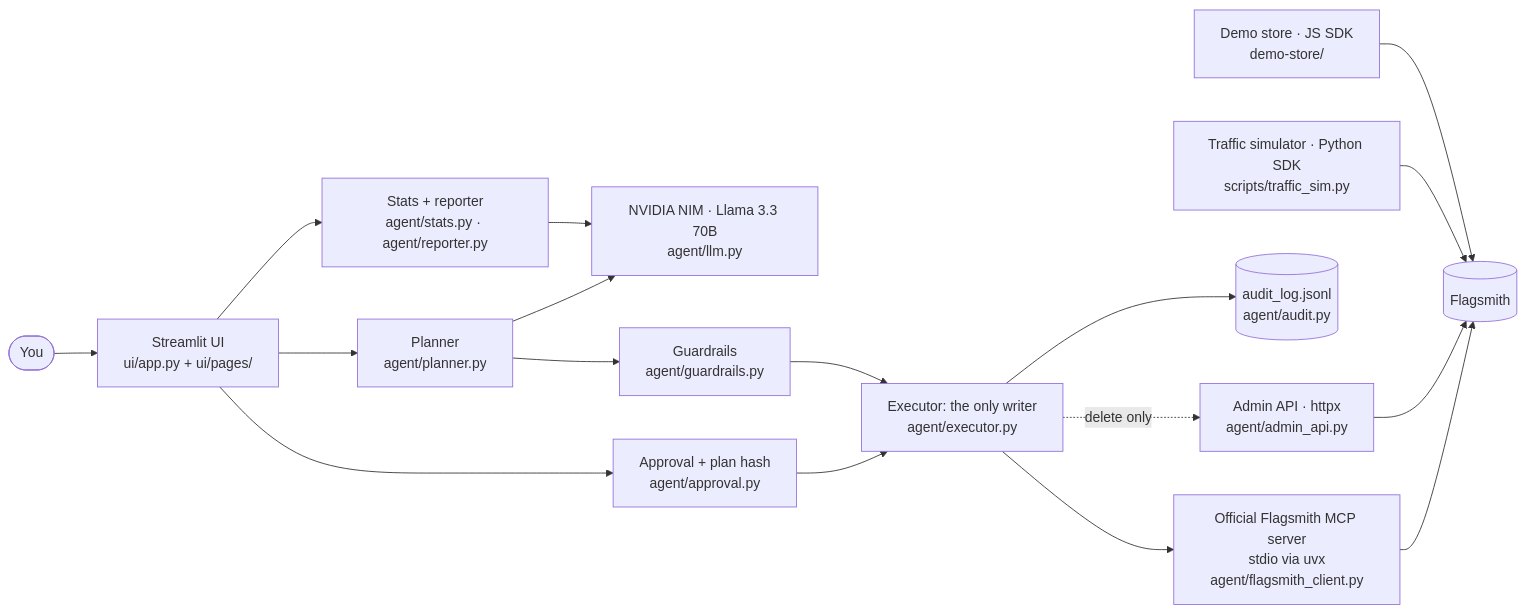
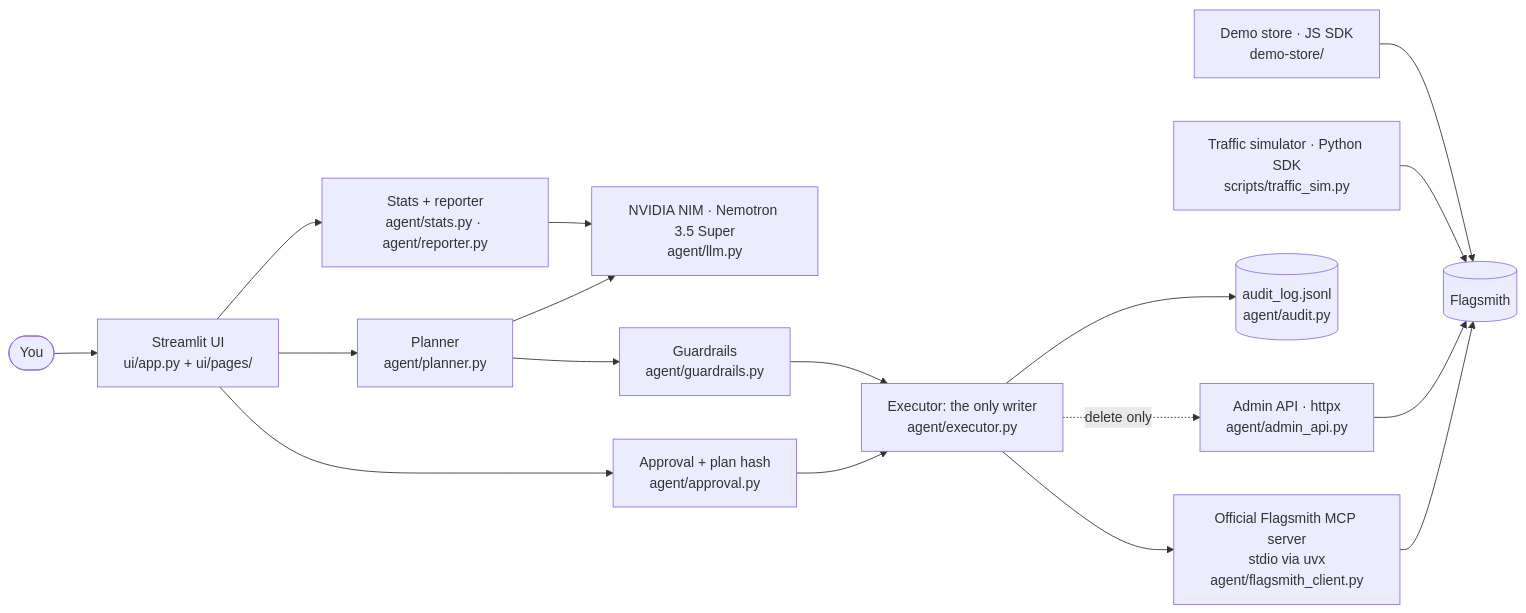
One commit to HarshalChugwani2005/flagpilot changed the diagram in README.md. Above: the diagram before and after it, drawn with Mermaid. The commit also changed other lines of this file and 26 other files, not shown here.

Commit message:
fix: switch to Nemotron 3.5 Super with 4096-token budget; Admin API metrics; match Flagsmith options by value; unwrap MCP list results

````diff
--- a/README.md
+++ b/README.md
@@ -31,19 +31,19 @@
 ```mermaid
 flowchart LR
     U([You]) --> UI[Streamlit UI<br/>ui/app.py + ui/pages/]
     UI --> P[Planner<br/>agent/planner.py]
-    P --> LLM[NVIDIA NIM · Llama 3.3 70B<br/>agent/llm.py]
+    P --> LLM[NVIDIA NIM · Nemotron 3.5 Super<br/>agent/llm.py]
     P --> G[Guardrails<br/>agent/guardrails.py]
     UI --> A[Approval + plan hash<br/>agent/approval.py]
     A --> X[Executor: the only writer<br/>agent/executor.py]
     G --> X
     X --> MCP[Official Flagsmith MCP server<br/>stdio via uvx<br/>agent/flagsmith_client.py]
     X -. delete only .-> ADM[Admin API · httpx<br/>agent/admin_api.py]
     MCP --> FS[(Flagsmith)]
     ADM --> FS
     X --> LOG[(audit_log.jsonl<br/>agent/audit.py)]
     SIM[Traffic simulator · Python SDK<br/>scripts/traffic_sim.py] --> FS
     STORE[Demo store · JS SDK<br/>demo-store/] --> FS
     UI --> R[Stats + reporter<br/>agent/stats.py · agent/reporter.py]
     R --> LLM
 ```
````
